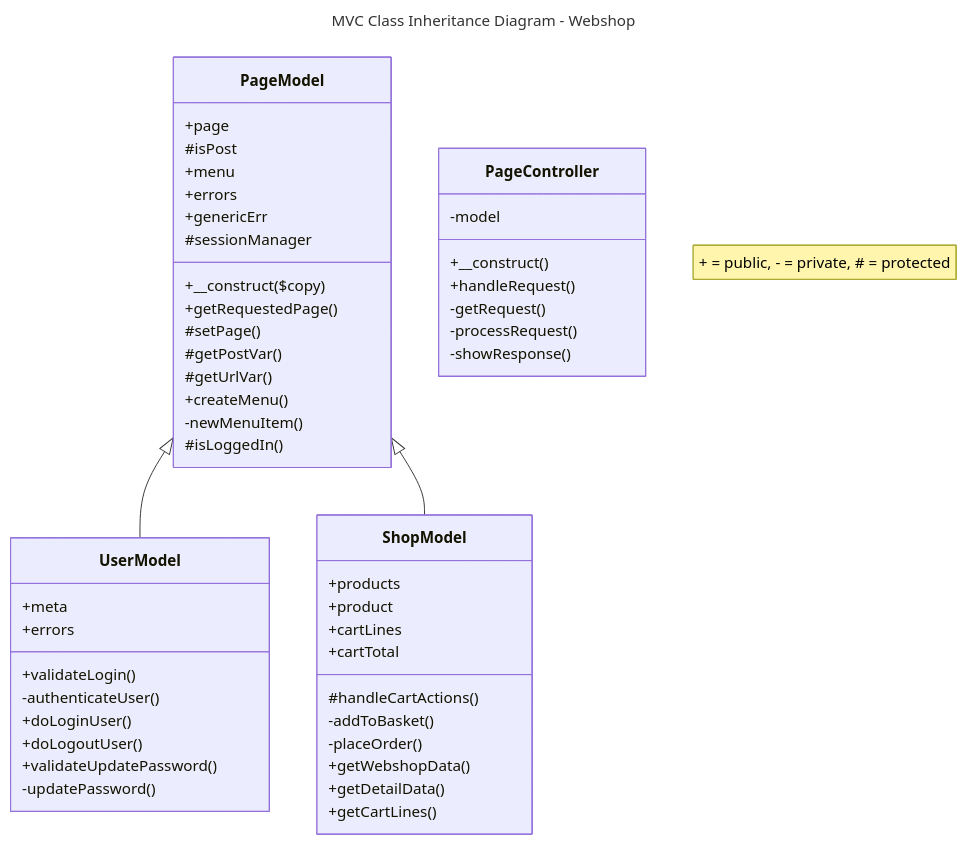
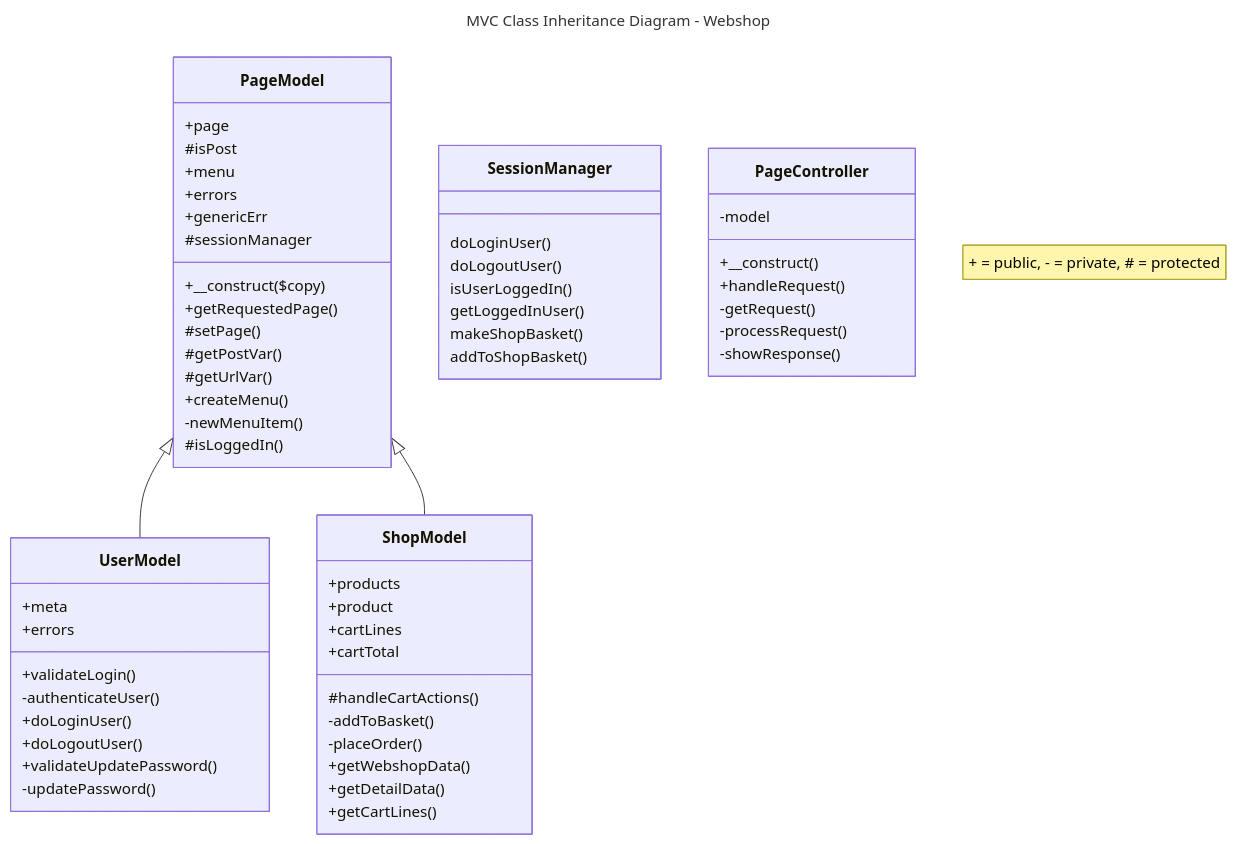
Before and after one commit to JeroenHeemskerk/educom-webshop-oop-1708595373: the diagram in Diagrams/MVC diagrams.md, drawn with Mermaid.

Commit message:
Update MVC diagrams.md

````diff
--- a/Diagrams/MVC diagrams.md
+++ b/Diagrams/MVC diagrams.md
@@ -1,62 +1,71 @@
 ```mermaid
 ---
 title: MVC Class Inheritance Diagram - Webshop
 ---
 classDiagram
     note "+ = public, - = private, # = protected"
     %% A <|-- B means that class B inherits from class A %%
     PageModel <|-- UserModel
     PageModel <|-- ShopModel
+
+    class SessionManager{
+        doLoginUser()
+        doLogoutUser()
+        isUserLoggedIn()
+        getLoggedInUser()
+        makeShopBasket()
+        addToShopBasket()
+    }
 
     class PageController{
       -model
       +__construct()
       +handleRequest()
       -getRequest()
       -processRequest()
       -showResponse()
     }
 
     class PageModel{
       +page
       #isPost
       +menu
       +errors
       +genericErr
       #sessionManager
       +__construct($copy)
       +getRequestedPage()
       #setPage()
       #getPostVar()
       #getUrlVar()
       +createMenu()
       -newMenuItem()
       #isLoggedIn()
     }
 
     class UserModel{
     +meta
     +errors
     +validateLogin()
     -authenticateUser()
     +doLoginUser()
     +doLogoutUser()
     +validateUpdatePassword()
     -updatePassword()
     }
 
     class ShopModel{
     +products
     +product
     +cartLines
     +cartTotal
     #handleCartActions()
     -addToBasket()
     -placeOrder()
     +getWebshopData()
     +getDetailData()
     +getCartLines()
     }
 
 
 ```
````
